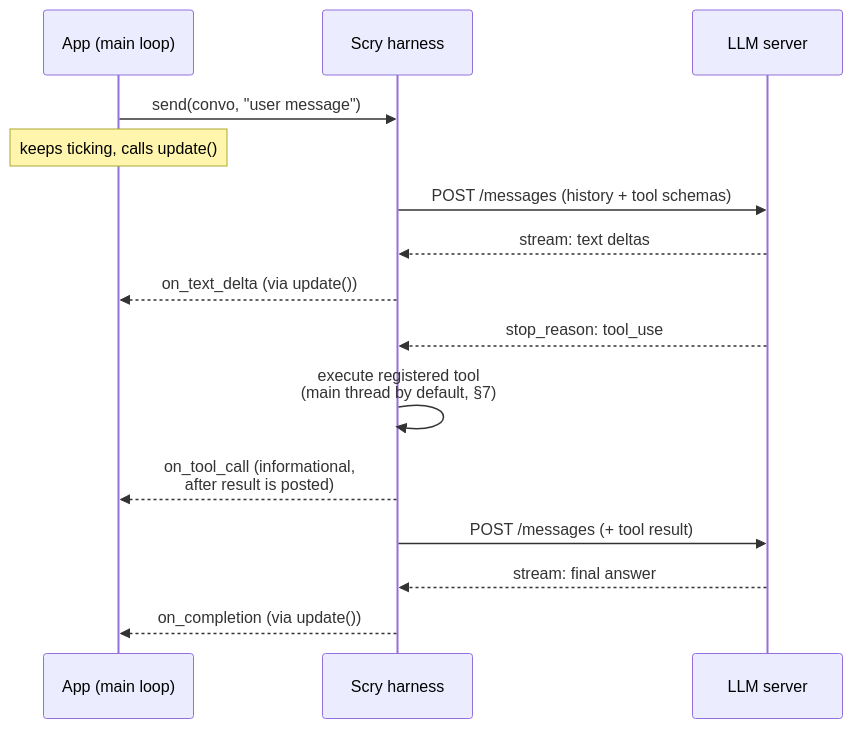
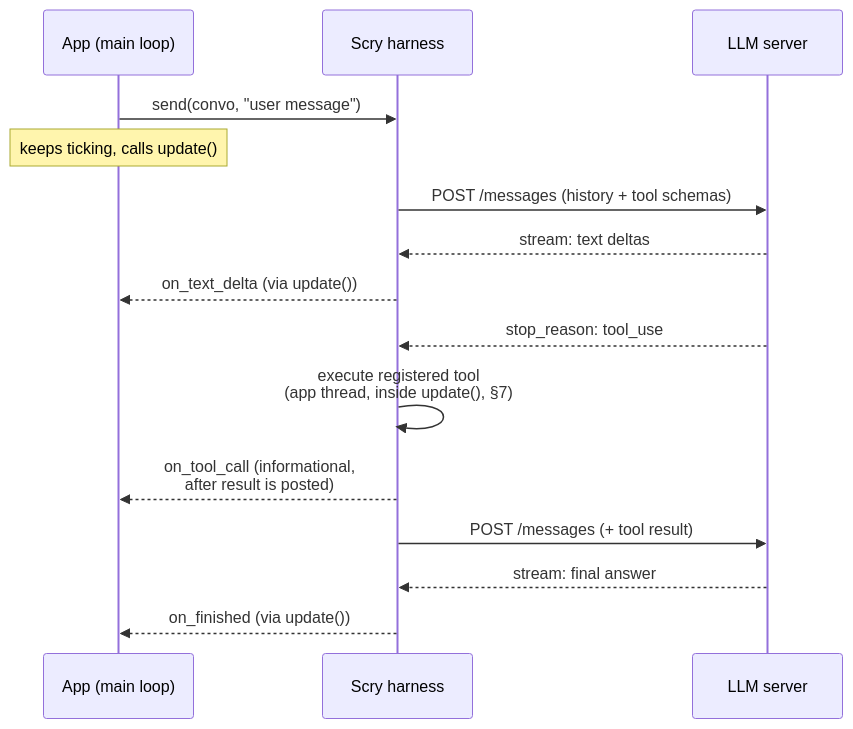
Before and after one commit to crybo-rybo/scry: the second of 3 diagrams in DESIGN.md, drawn with Mermaid. The commit also changed other lines of this file and 8 other files, not shown here.

````diff
--- a/DESIGN.md
+++ b/DESIGN.md
@@ -163,18 +172,18 @@
 ```mermaid
 sequenceDiagram
     participant App as App (main loop)
     participant H as Scry harness
     participant LLM as LLM server
 
     App->>H: send(convo, "user message")
     Note over App: keeps ticking, calls update()
     H->>LLM: POST /messages (history + tool schemas)
     LLM-->>H: stream: text deltas
     H-->>App: on_text_delta (via update())
     LLM-->>H: stop_reason: tool_use
-    H->>H: execute registered tool<br/>(main thread by default, §7)
+    H->>H: execute registered tool<br/>(app thread, inside update(), §7)
     H-->>App: on_tool_call (informational,<br/>after result is posted)
     H->>LLM: POST /messages (+ tool result)
     LLM-->>H: stream: final answer
-    H-->>App: on_completion (via update())
+    H-->>App: on_finished (via update())
 ```
````
